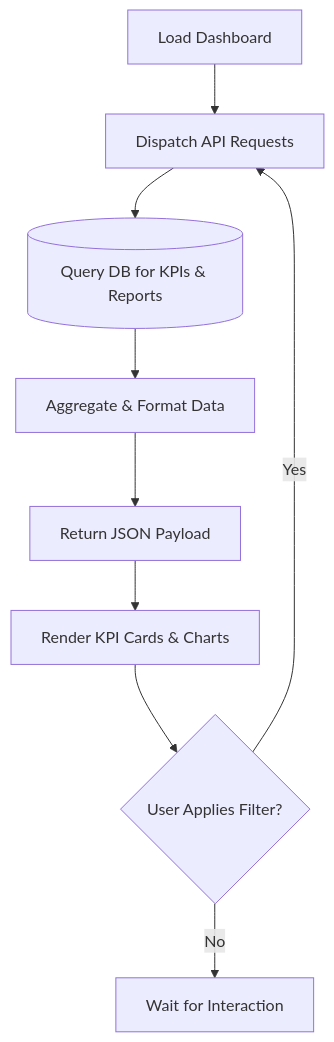
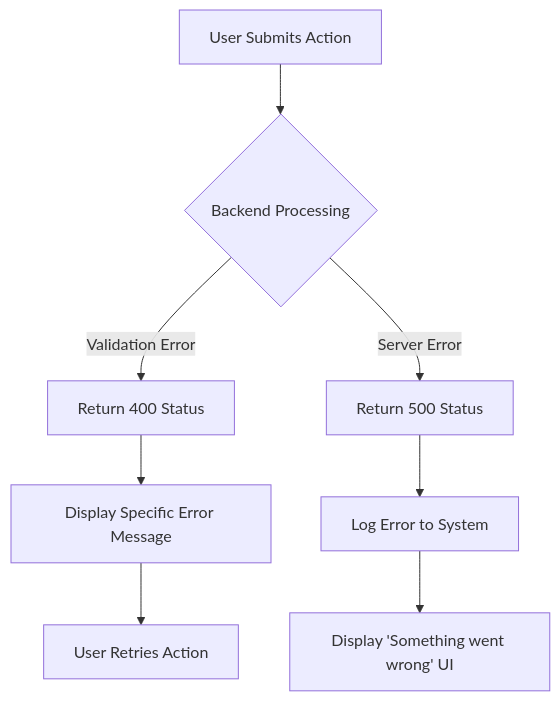
The ninth of 10 diagrams in docs/04_Workflow_Planning.md (KMohammedsadiq/Dynamic-Pricing-Optimization-and-Revenue-Intelligence-Platform-K_Mohammad_Sadik), drawn with Mermaid before and after one commit. The commit also changed other lines of this file, not shown here.

````diff
--- a/docs/04_Workflow_Planning.md
+++ b/docs/04_Workflow_Planning.md
@@ -161,11 +217,11 @@
 ```mermaid
 flowchart TD
-    A[Load Dashboard] --> B[Dispatch API Requests]
-    B --> C[(Query DB for KPIs & Reports)]
-    C --> D[Aggregate & Format Data]
-    D --> E[Return JSON Payload]
-    E --> F[Render KPI Cards & Charts]
-    F --> G{User Applies Filter?}
-    G -->|Yes| B
-    G -->|No| H[Wait for Interaction]
+    A[User Submits Action] --> B{Backend Processing}
+    B -->|Validation Error| C[Return 400 Status]
+    C --> D[Display Specific Error Message]
+    D --> E[User Retries Action]
+    
+    B -->|Server Error| F[Return 500 Status]
+    F --> G[Log Error to System]
+    G --> H[Display 'Something went wrong' UI]
 ```
````
